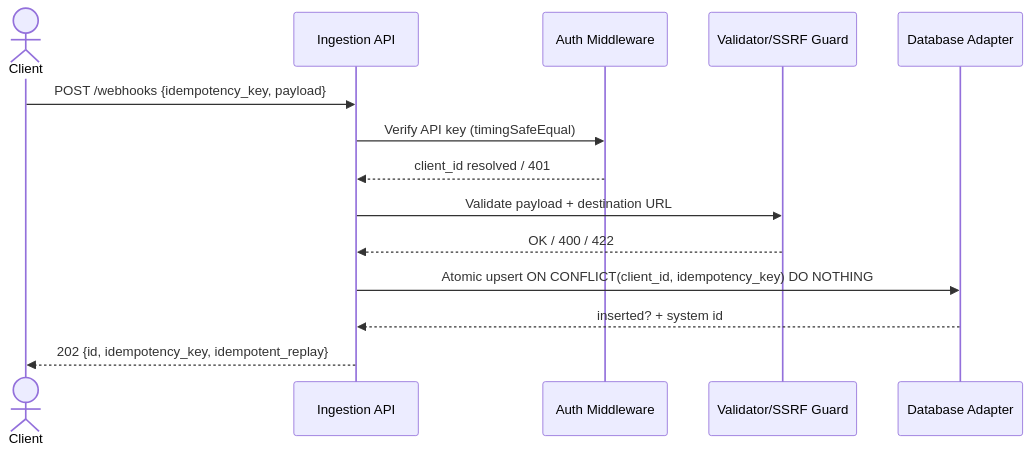
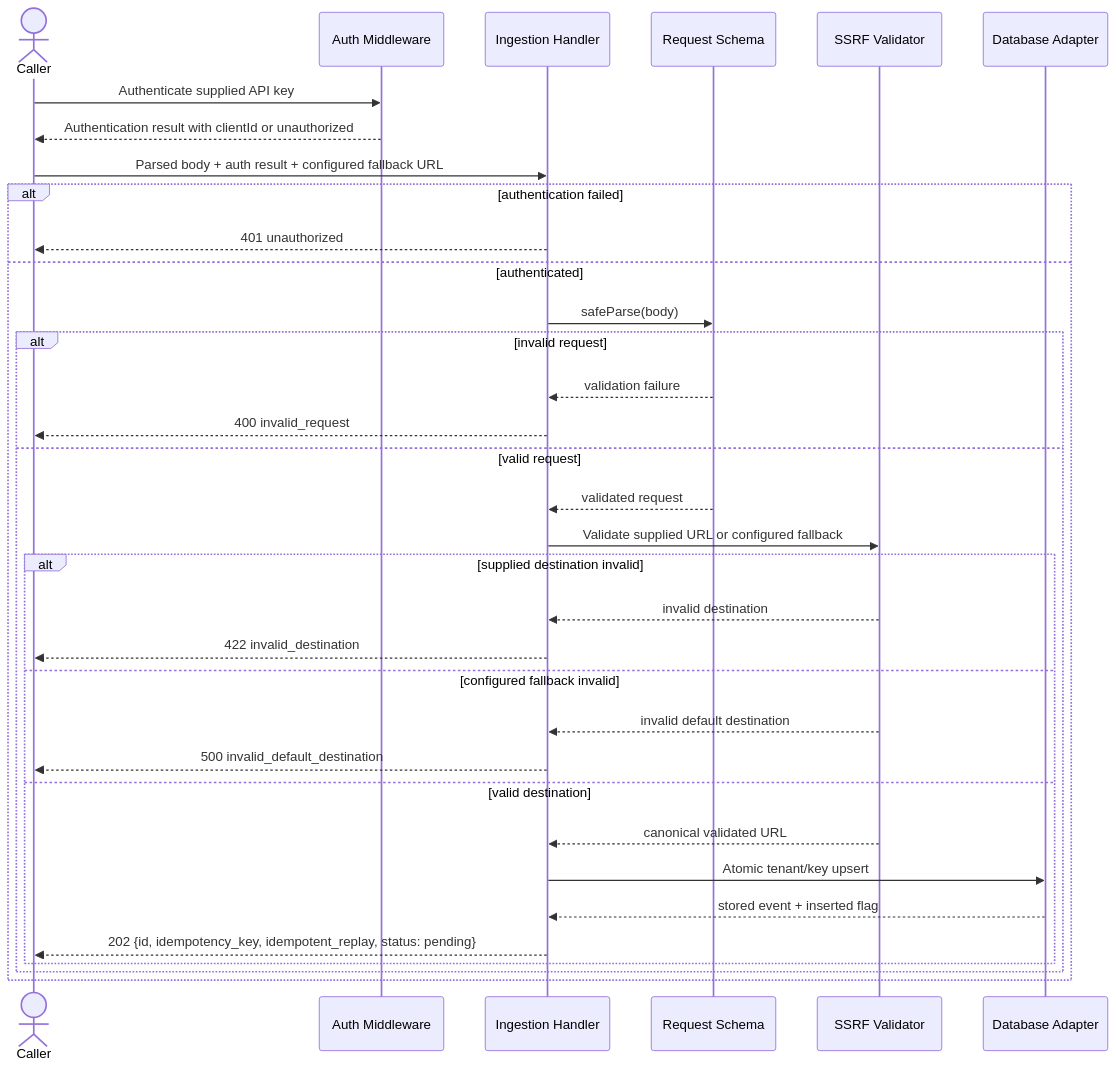
The second of 3 diagrams in docs/02-design/SDD.md (hamidjavadi/webhook-delivery-engine), drawn with Mermaid before and after one commit. The commit also changed other lines of this file and 8 other files, not shown here.

Commit message:
feat(ingestion): add idempotent ingestion handler

````diff
--- a/docs/02-design/SDD.md
+++ b/docs/02-design/SDD.md
@@ -239,16 +254,36 @@
 ```mermaid
 sequenceDiagram
-    actor Client
-    participant API as Ingestion API
+    actor Caller
     participant Auth as Auth Middleware
-    participant Val as Validator/SSRF Guard
+    participant Handler as Ingestion Handler
+    participant Schema as Request Schema
+    participant Val as SSRF Validator
     participant DB as Database Adapter
-    Client->>API: POST /webhooks {idempotency_key, payload}
-    API->>Auth: Verify API key (timingSafeEqual)
-    Auth-->>API: client_id resolved / 401
-    API->>Val: Validate payload + destination URL
-    Val-->>API: OK / 400 / 422
-    API->>DB: Atomic upsert ON CONFLICT(client_id, idempotency_key) DO NOTHING
-    DB-->>API: inserted? + system id
-    API-->>Client: 202 {id, idempotency_key, idempotent_replay}
+    Caller->>Auth: Authenticate supplied API key
+    Auth-->>Caller: Authentication result with clientId or unauthorized
+    Caller->>Handler: Parsed body + auth result + configured fallback URL
+    alt authentication failed
+        Handler-->>Caller: 401 unauthorized
+    else authenticated
+        Handler->>Schema: safeParse(body)
+        alt invalid request
+            Schema-->>Handler: validation failure
+            Handler-->>Caller: 400 invalid_request
+        else valid request
+            Schema-->>Handler: validated request
+            Handler->>Val: Validate supplied URL or configured fallback
+            alt supplied destination invalid
+                Val-->>Handler: invalid destination
+                Handler-->>Caller: 422 invalid_destination
+            else configured fallback invalid
+                Val-->>Handler: invalid default destination
+                Handler-->>Caller: 500 invalid_default_destination
+            else valid destination
+                Val-->>Handler: canonical validated URL
+                Handler->>DB: Atomic tenant/key upsert
+                DB-->>Handler: stored event + inserted flag
+                Handler-->>Caller: 202 {id, idempotency_key, idempotent_replay, status: pending}
+            end
+        end
+    end
 ```
````
